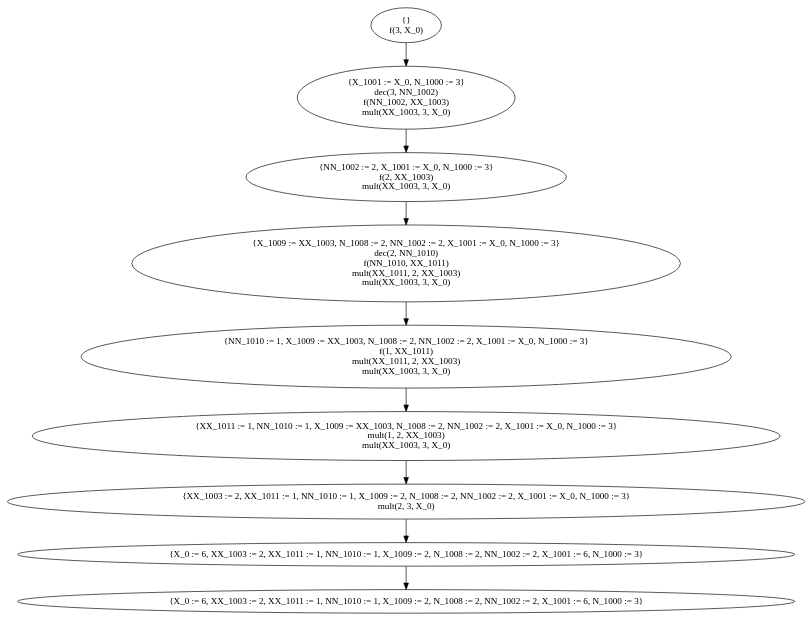
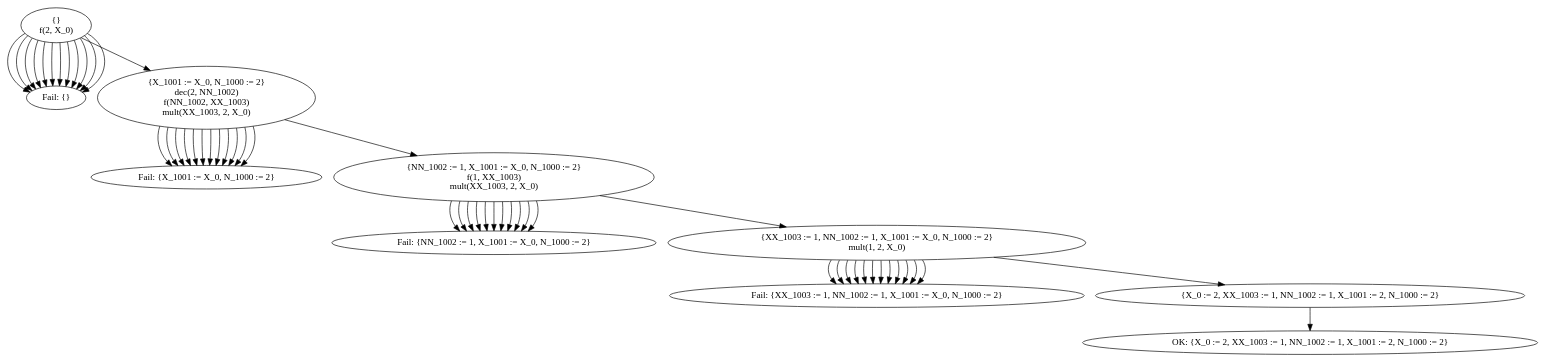
Before and after one commit to AnisimoffNikita/hprolog: the diagram in tree.dot, drawn with Graphviz. The commit also changed 3 other files, not shown here.

```diff
--- a/tree.dot
+++ b/tree.dot
@@ -1,68 +1,261 @@
 digraph G{
 "{}
-f(3, X_0)"
+f(2, X_0)"
 ->
-"{X_1001 := X_0, N_1000 := 3}
-dec(3, NN_1002)
+"Fail: {}"
+"{}
+f(2, X_0)"
+->
+"Fail: {}"
+"{}
+f(2, X_0)"
+->
+"Fail: {}"
+"{}
+f(2, X_0)"
+->
+"Fail: {}"
+"{}
+f(2, X_0)"
+->
+"Fail: {}"
+"{}
+f(2, X_0)"
+->
+"Fail: {}"
+"{}
+f(2, X_0)"
+->
+"Fail: {}"
+"{}
+f(2, X_0)"
+->
+"Fail: {}"
+"{}
+f(2, X_0)"
+->
+"Fail: {}"
+"{}
+f(2, X_0)"
+->
+"Fail: {}"
+"{}
+f(2, X_0)"
+->
+"Fail: {}"
+"{}
+f(2, X_0)"
+->
+"Fail: {}"
+"{}
+f(2, X_0)"
+->
+"{X_1001 := X_0, N_1000 := 2}
+dec(2, NN_1002)
 f(NN_1002, XX_1003)
-mult(XX_1003, 3, X_0)"
+mult(XX_1003, 2, X_0)"
 
-"{X_1001 := X_0, N_1000 := 3}
-dec(3, NN_1002)
+"{X_1001 := X_0, N_1000 := 2}
+dec(2, NN_1002)
 f(NN_1002, XX_1003)
-mult(XX_1003, 3, X_0)"
+mult(XX_1003, 2, X_0)"
 ->
-"{NN_1002 := 2, X_1001 := X_0, N_1000 := 3}
-f(2, XX_1003)
-mult(XX_1003, 3, X_0)"
+"Fail: {X_1001 := X_0, N_1000 := 2}"
+"{X_1001 := X_0, N_1000 := 2}
+dec(2, NN_1002)
+f(NN_1002, XX_1003)
+mult(XX_1003, 2, X_0)"
+->
+"{NN_1002 := 1, X_1001 := X_0, N_1000 := 2}
+f(1, XX_1003)
+mult(XX_1003, 2, X_0)"
+"{X_1001 := X_0, N_1000 := 2}
+dec(2, NN_1002)
+f(NN_1002, XX_1003)
+mult(XX_1003, 2, X_0)"
+->
+"Fail: {X_1001 := X_0, N_1000 := 2}"
+"{X_1001 := X_0, N_1000 := 2}
+dec(2, NN_1002)
+f(NN_1002, XX_1003)
+mult(XX_1003, 2, X_0)"
+->
+"Fail: {X_1001 := X_0, N_1000 := 2}"
+"{X_1001 := X_0, N_1000 := 2}
+dec(2, NN_1002)
+f(NN_1002, XX_1003)
+mult(XX_1003, 2, X_0)"
+->
+"Fail: {X_1001 := X_0, N_1000 := 2}"
+"{X_1001 := X_0, N_1000 := 2}
+dec(2, NN_1002)
+f(NN_1002, XX_1003)
+mult(XX_1003, 2, X_0)"
+->
+"Fail: {X_1001 := X_0, N_1000 := 2}"
+"{X_1001 := X_0, N_1000 := 2}
+dec(2, NN_1002)
+f(NN_1002, XX_1003)
+mult(XX_1003, 2, X_0)"
+->
+"Fail: {X_1001 := X_0, N_1000 := 2}"
+"{X_1001 := X_0, N_1000 := 2}
+dec(2, NN_1002)
+f(NN_1002, XX_1003)
+mult(XX_1003, 2, X_0)"
+->
+"Fail: {X_1001 := X_0, N_1000 := 2}"
+"{X_1001 := X_0, N_1000 := 2}
+dec(2, NN_1002)
+f(NN_1002, XX_1003)
+mult(XX_1003, 2, X_0)"
+->
+"Fail: {X_1001 := X_0, N_1000 := 2}"
+"{X_1001 := X_0, N_1000 := 2}
+dec(2, NN_1002)
+f(NN_1002, XX_1003)
+mult(XX_1003, 2, X_0)"
+->
+"Fail: {X_1001 := X_0, N_1000 := 2}"
+"{X_1001 := X_0, N_1000 := 2}
+dec(2, NN_1002)
+f(NN_1002, XX_1003)
+mult(XX_1003, 2, X_0)"
+->
+"Fail: {X_1001 := X_0, N_1000 := 2}"
+"{X_1001 := X_0, N_1000 := 2}
+dec(2, NN_1002)
+f(NN_1002, XX_1003)
+mult(XX_1003, 2, X_0)"
+->
+"Fail: {X_1001 := X_0, N_1000 := 2}"
+"{X_1001 := X_0, N_1000 := 2}
+dec(2, NN_1002)
+f(NN_1002, XX_1003)
+mult(XX_1003, 2, X_0)"
+->
+"Fail: {X_1001 := X_0, N_1000 := 2}"
 
-"{NN_1002 := 2, X_1001 := X_0, N_1000 := 3}
-f(2, XX_1003)
-mult(XX_1003, 3, X_0)"
+"{NN_1002 := 1, X_1001 := X_0, N_1000 := 2}
+f(1, XX_1003)
+mult(XX_1003, 2, X_0)"
 ->
-"{X_1009 := XX_1003, N_1008 := 2, NN_1002 := 2, X_1001 := X_0, N_1000 := 3}
-dec(2, NN_1010)
-f(NN_1010, XX_1011)
-mult(XX_1011, 2, XX_1003)
-mult(XX_1003, 3, X_0)"
+"Fail: {NN_1002 := 1, X_1001 := X_0, N_1000 := 2}"
+"{NN_1002 := 1, X_1001 := X_0, N_1000 := 2}
+f(1, XX_1003)
+mult(XX_1003, 2, X_0)"
+->
+"Fail: {NN_1002 := 1, X_1001 := X_0, N_1000 := 2}"
+"{NN_1002 := 1, X_1001 := X_0, N_1000 := 2}
+f(1, XX_1003)
+mult(XX_1003, 2, X_0)"
+->
+"Fail: {NN_1002 := 1, X_1001 := X_0, N_1000 := 2}"
+"{NN_1002 := 1, X_1001 := X_0, N_1000 := 2}
+f(1, XX_1003)
+mult(XX_1003, 2, X_0)"
+->
+"Fail: {NN_1002 := 1, X_1001 := X_0, N_1000 := 2}"
+"{NN_1002 := 1, X_1001 := X_0, N_1000 := 2}
+f(1, XX_1003)
+mult(XX_1003, 2, X_0)"
+->
+"Fail: {NN_1002 := 1, X_1001 := X_0, N_1000 := 2}"
+"{NN_1002 := 1, X_1001 := X_0, N_1000 := 2}
+f(1, XX_1003)
+mult(XX_1003, 2, X_0)"
+->
+"Fail: {NN_1002 := 1, X_1001 := X_0, N_1000 := 2}"
+"{NN_1002 := 1, X_1001 := X_0, N_1000 := 2}
+f(1, XX_1003)
+mult(XX_1003, 2, X_0)"
+->
+"Fail: {NN_1002 := 1, X_1001 := X_0, N_1000 := 2}"
+"{NN_1002 := 1, X_1001 := X_0, N_1000 := 2}
+f(1, XX_1003)
+mult(XX_1003, 2, X_0)"
+->
+"Fail: {NN_1002 := 1, X_1001 := X_0, N_1000 := 2}"
+"{NN_1002 := 1, X_1001 := X_0, N_1000 := 2}
+f(1, XX_1003)
+mult(XX_1003, 2, X_0)"
+->
+"Fail: {NN_1002 := 1, X_1001 := X_0, N_1000 := 2}"
+"{NN_1002 := 1, X_1001 := X_0, N_1000 := 2}
+f(1, XX_1003)
+mult(XX_1003, 2, X_0)"
+->
+"Fail: {NN_1002 := 1, X_1001 := X_0, N_1000 := 2}"
+"{NN_1002 := 1, X_1001 := X_0, N_1000 := 2}
+f(1, XX_1003)
+mult(XX_1003, 2, X_0)"
+->
+"Fail: {NN_1002 := 1, X_1001 := X_0, N_1000 := 2}"
+"{NN_1002 := 1, X_1001 := X_0, N_1000 := 2}
+f(1, XX_1003)
+mult(XX_1003, 2, X_0)"
+->
+"{XX_1003 := 1, NN_1002 := 1, X_1001 := X_0, N_1000 := 2}
+mult(1, 2, X_0)"
 
-"{X_1009 := XX_1003, N_1008 := 2, NN_1002 := 2, X_1001 := X_0, N_1000 := 3}
-dec(2, NN_1010)
-f(NN_1010, XX_1011)
-mult(XX_1011, 2, XX_1003)
-mult(XX_1003, 3, X_0)"
+"{XX_1003 := 1, NN_1002 := 1, X_1001 := X_0, N_1000 := 2}
+mult(1, 2, X_0)"
 ->
-"{NN_1010 := 1, X_1009 := XX_1003, N_1008 := 2, NN_1002 := 2, X_1001 := X_0, N_1000 := 3}
-f(1, XX_1011)
-mult(XX_1011, 2, XX_1003)
-mult(XX_1003, 3, X_0)"
+"Fail: {XX_1003 := 1, NN_1002 := 1, X_1001 := X_0, N_1000 := 2}"
+"{XX_1003 := 1, NN_1002 := 1, X_1001 := X_0, N_1000 := 2}
+mult(1, 2, X_0)"
+->
+"Fail: {XX_1003 := 1, NN_1002 := 1, X_1001 := X_0, N_1000 := 2}"
+"{XX_1003 := 1, NN_1002 := 1, X_1001 := X_0, N_1000 := 2}
+mult(1, 2, X_0)"
+->
+"Fail: {XX_1003 := 1, NN_1002 := 1, X_1001 := X_0, N_1000 := 2}"
+"{XX_1003 := 1, NN_1002 := 1, X_1001 := X_0, N_1000 := 2}
+mult(1, 2, X_0)"
+->
+"Fail: {XX_1003 := 1, NN_1002 := 1, X_1001 := X_0, N_1000 := 2}"
+"{XX_1003 := 1, NN_1002 := 1, X_1001 := X_0, N_1000 := 2}
+mult(1, 2, X_0)"
+->
+"Fail: {XX_1003 := 1, NN_1002 := 1, X_1001 := X_0, N_1000 := 2}"
+"{XX_1003 := 1, NN_1002 := 1, X_1001 := X_0, N_1000 := 2}
+mult(1, 2, X_0)"
+->
+"Fail: {XX_1003 := 1, NN_1002 := 1, X_1001 := X_0, N_1000 := 2}"
+"{XX_1003 := 1, NN_1002 := 1, X_1001 := X_0, N_1000 := 2}
+mult(1, 2, X_0)"
+->
+"Fail: {XX_1003 := 1, NN_1002 := 1, X_1001 := X_0, N_1000 := 2}"
+"{XX_1003 := 1, NN_1002 := 1, X_1001 := X_0, N_1000 := 2}
+mult(1, 2, X_0)"
+->
+"Fail: {XX_1003 := 1, NN_1002 := 1, X_1001 := X_0, N_1000 := 2}"
+"{XX_1003 := 1, NN_1002 := 1, X_1001 := X_0, N_1000 := 2}
+mult(1, 2, X_0)"
+->
+"Fail: {XX_1003 := 1, NN_1002 := 1, X_1001 := X_0, N_1000 := 2}"
+"{XX_1003 := 1, NN_1002 := 1, X_1001 := X_0, N_1000 := 2}
+mult(1, 2, X_0)"
+->
+"{X_0 := 2, XX_1003 := 1, NN_1002 := 1, X_1001 := 2, N_1000 := 2}
+"
+"{XX_1003 := 1, NN_1002 := 1, X_1001 := X_0, N_1000 := 2}
+mult(1, 2, X_0)"
+->
+"Fail: {XX_1003 := 1, NN_1002 := 1, X_1001 := X_0, N_1000 := 2}"
+"{XX_1003 := 1, NN_1002 := 1, X_1001 := X_0, N_1000 := 2}
+mult(1, 2, X_0)"
+->
+"Fail: {XX_1003 := 1, NN_1002 := 1, X_1001 := X_0, N_1000 := 2}"
+"{XX_1003 := 1, NN_1002 := 1, X_1001 := X_0, N_1000 := 2}
+mult(1, 2, X_0)"
+->
+"Fail: {XX_1003 := 1, NN_1002 := 1, X_1001 := X_0, N_1000 := 2}"
 
-"{NN_1010 := 1, X_1009 := XX_1003, N_1008 := 2, NN_1002 := 2, X_1001 := X_0, N_1000 := 3}
-f(1, XX_1011)
-mult(XX_1011, 2, XX_1003)
-mult(XX_1003, 3, X_0)"
-->
-"{XX_1011 := 1, NN_1010 := 1, X_1009 := XX_1003, N_1008 := 2, NN_1002 := 2, X_1001 := X_0, N_1000 := 3}
-mult(1, 2, XX_1003)
-mult(XX_1003, 3, X_0)"
-
-"{XX_1011 := 1, NN_1010 := 1, X_1009 := XX_1003, N_1008 := 2, NN_1002 := 2, X_1001 := X_0, N_1000 := 3}
-mult(1, 2, XX_1003)
-mult(XX_1003, 3, X_0)"
-->
-"{XX_1003 := 2, XX_1011 := 1, NN_1010 := 1, X_1009 := 2, N_1008 := 2, NN_1002 := 2, X_1001 := X_0, N_1000 := 3}
-mult(2, 3, X_0)"
-
-"{XX_1003 := 2, XX_1011 := 1, NN_1010 := 1, X_1009 := 2, N_1008 := 2, NN_1002 := 2, X_1001 := X_0, N_1000 := 3}
-mult(2, 3, X_0)"
-->
-"{X_0 := 6, XX_1003 := 2, XX_1011 := 1, NN_1010 := 1, X_1009 := 2, N_1008 := 2, NN_1002 := 2, X_1001 := 6, N_1000 := 3}
-"
-
-"{X_0 := 6, XX_1003 := 2, XX_1011 := 1, NN_1010 := 1, X_1009 := 2, N_1008 := 2, NN_1002 := 2, X_1001 := 6, N_1000 := 3}
+"{X_0 := 2, XX_1003 := 1, NN_1002 := 1, X_1001 := 2, N_1000 := 2}
 "
 ->
-"{X_0 := 6, XX_1003 := 2, XX_1011 := 1, NN_1010 := 1, X_1009 := 2, N_1008 := 2, NN_1002 := 2, X_1001 := 6, N_1000 := 3}"
+"OK: {X_0 := 2, XX_1003 := 1, NN_1002 := 1, X_1001 := 2, N_1000 := 2}"
 
-"{X_0 := 6, XX_1003 := 2, XX_1011 := 1, NN_1010 := 1, X_1009 := 2, N_1008 := 2, NN_1002 := 2, X_1001 := 6, N_1000 := 3}"
+"OK: {X_0 := 2, XX_1003 := 1, NN_1002 := 1, X_1001 := 2, N_1000 := 2}"
 }
```
